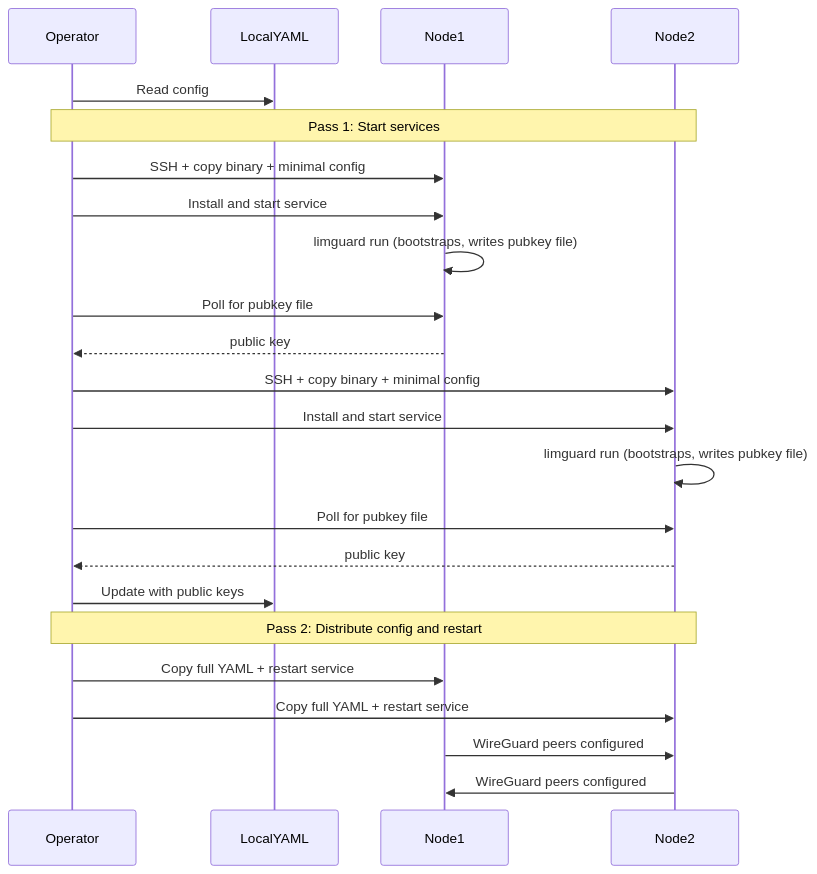
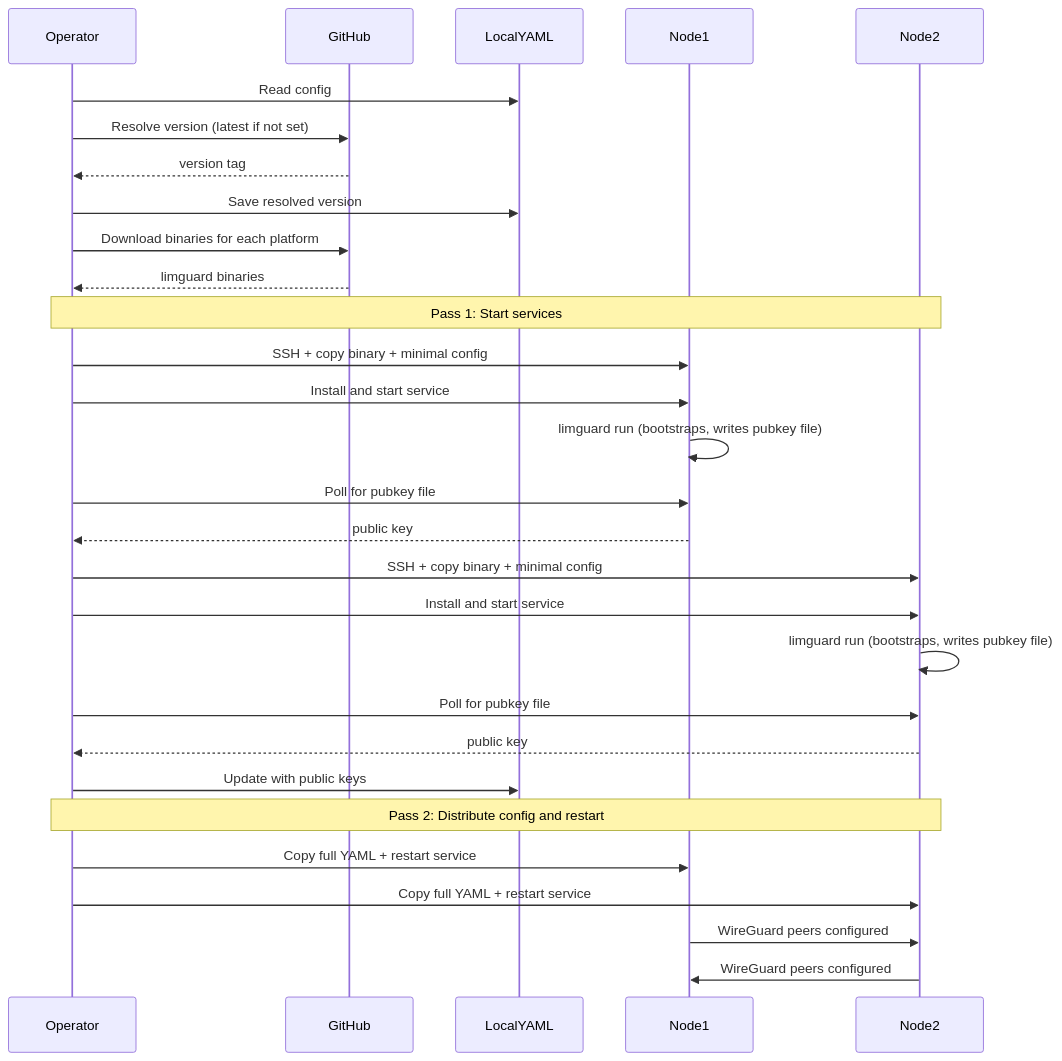
One commit to limrun-inc/limguard changed the second of 2 diagrams in AGENTS.md. Above: the diagram before and after it, drawn with Mermaid. The commit also changed other lines of this file and 10 other files, not shown here.

Commit message:
release: publish all binaries and auto-download from github releases during deployment

````diff
--- a/AGENTS.md
+++ b/AGENTS.md
@@ -73,30 +78,36 @@
 ```mermaid
 sequenceDiagram
     participant Operator
+    participant GitHub
     participant LocalYAML
     participant Node1
     participant Node2
 
     Operator->>LocalYAML: Read config
+    Operator->>GitHub: Resolve version (latest if not set)
+    GitHub-->>Operator: version tag
+    Operator->>LocalYAML: Save resolved version
+    Operator->>GitHub: Download binaries for each platform
+    GitHub-->>Operator: limguard binaries
     
     Note over Operator,Node2: Pass 1: Start services
     Operator->>Node1: SSH + copy binary + minimal config
     Operator->>Node1: Install and start service
     Node1->>Node1: limguard run (bootstraps, writes pubkey file)
     Operator->>Node1: Poll for pubkey file
     Node1-->>Operator: public key
     Operator->>Node2: SSH + copy binary + minimal config
     Operator->>Node2: Install and start service
     Node2->>Node2: limguard run (bootstraps, writes pubkey file)
     Operator->>Node2: Poll for pubkey file
     Node2-->>Operator: public key
     
     Operator->>LocalYAML: Update with public keys
     
     Note over Operator,Node2: Pass 2: Distribute config and restart
     Operator->>Node1: Copy full YAML + restart service
     Operator->>Node2: Copy full YAML + restart service
     
     Node1->>Node2: WireGuard peers configured
     Node2->>Node1: WireGuard peers configured
 ```
````
